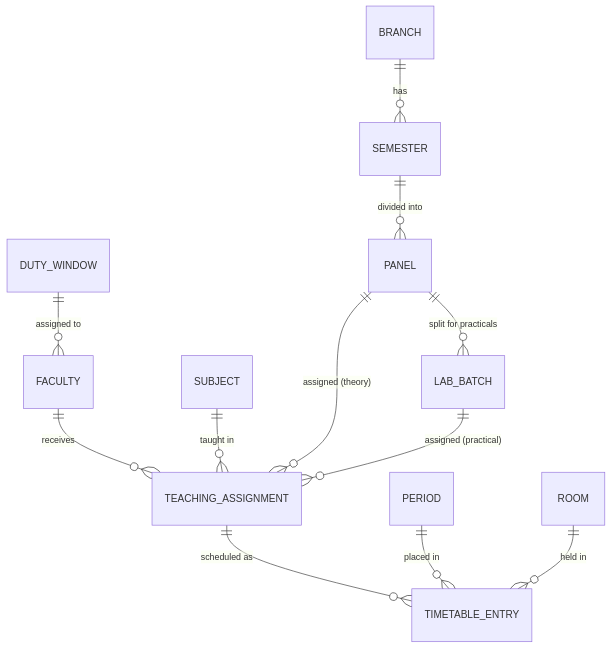
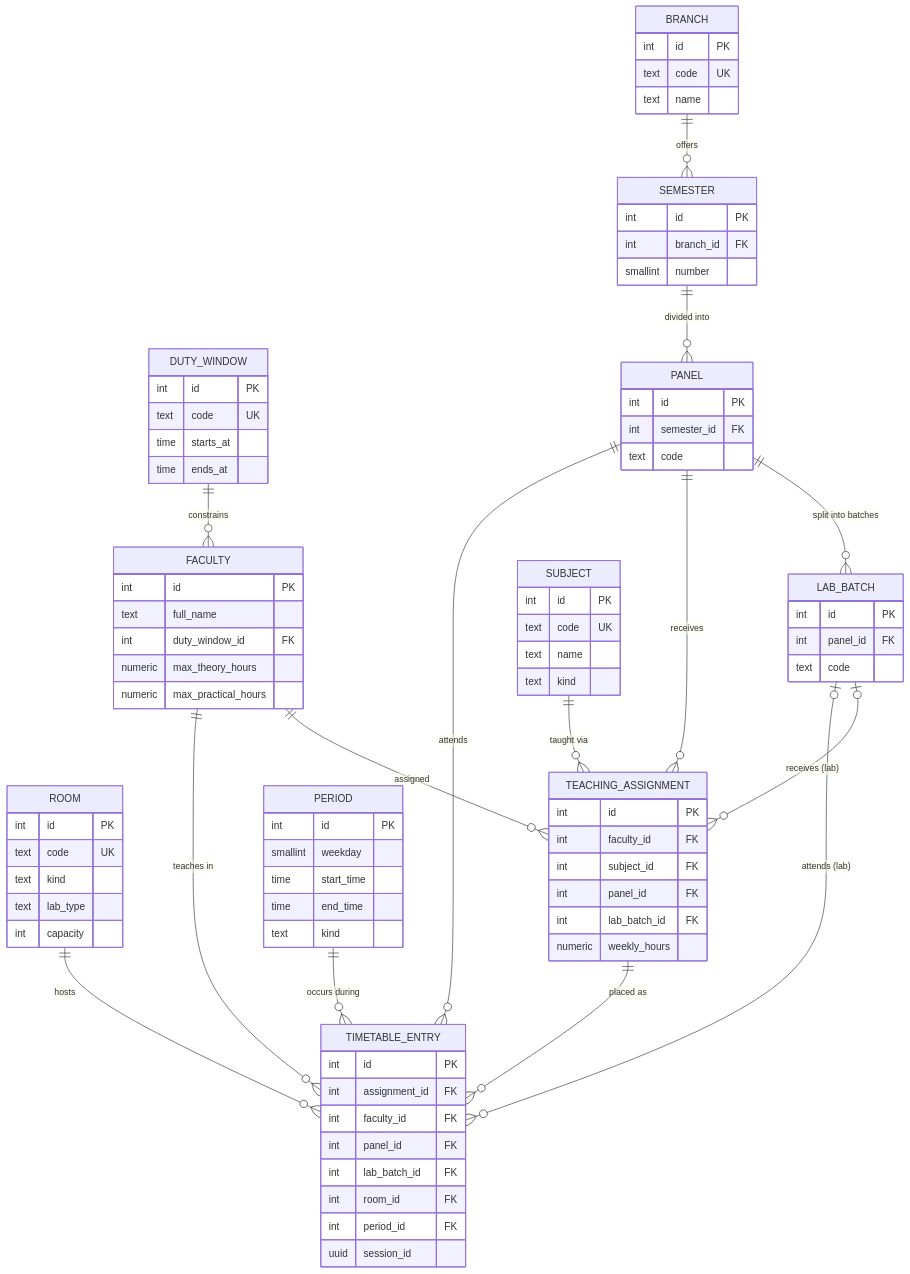
One commit to harsh-codess/DBMS-MINIPROJ-TTSYSTEM changed the diagram in docs/viva-pack.md. Above: the diagram before and after it, drawn with Mermaid. The commit also changed other lines of this file and 2 other files, not shown here.

Commit message:
Add submission artifacts: ER diagram, sample queries, viva pack

````diff
--- a/docs/viva-pack.md
+++ b/docs/viva-pack.md
@@ -7,17 +25,99 @@
 ```mermaid
 erDiagram
-    BRANCH ||--o{ SEMESTER : "has"
+    DUTY_WINDOW {
+        int id PK
+        text code UK
+        time starts_at
+        time ends_at
+    }
+
+    BRANCH {
+        int id PK
+        text code UK
+        text name
+    }
+
+    SEMESTER {
+        int id PK
+        int branch_id FK
+        smallint number
+    }
+
+    PANEL {
+        int id PK
+        int semester_id FK
+        text code
+    }
+
+    LAB_BATCH {
+        int id PK
+        int panel_id FK
+        text code
+    }
+
+    FACULTY {
+        int id PK
+        text full_name
+        int duty_window_id FK
+        numeric max_theory_hours
+        numeric max_practical_hours
+    }
+
+    SUBJECT {
+        int id PK
+        text code UK
+        text name
+        text kind
+    }
+
+    ROOM {
+        int id PK
+        text code UK
+        text kind
+        text lab_type
+        int capacity
+    }
+
+    TEACHING_ASSIGNMENT {
+        int id PK
+        int faculty_id FK
+        int subject_id FK
+        int panel_id FK
+        int lab_batch_id FK
+        numeric weekly_hours
+    }
+
+    PERIOD {
+        int id PK
+        smallint weekday
+        time start_time
+        time end_time
+        text kind
+    }
+
+    TIMETABLE_ENTRY {
+        int id PK
+        int assignment_id FK
+        int faculty_id FK
+        int panel_id FK
+        int lab_batch_id FK
+        int room_id FK
+        int period_id FK
+        uuid session_id
+    }
+
+    BRANCH ||--o{ SEMESTER : "offers"
     SEMESTER ||--o{ PANEL : "divided into"
-    PANEL ||--o{ LAB_BATCH : "split for practicals"
-    
-    DUTY_WINDOW ||--o{ FACULTY : "assigned to"
-    
-    FACULTY ||--o{ TEACHING_ASSIGNMENT : "receives"
-    SUBJECT ||--o{ TEACHING_ASSIGNMENT : "taught in"
-    PANEL ||--o{ TEACHING_ASSIGNMENT : "assigned (theory)"
-    LAB_BATCH ||--o{ TEACHING_ASSIGNMENT : "assigned (practical)"
-    
-    TEACHING_ASSIGNMENT ||--o{ TIMETABLE_ENTRY : "scheduled as"
-    PERIOD ||--o{ TIMETABLE_ENTRY : "placed in"
-    ROOM ||--o{ TIMETABLE_ENTRY : "held in"
+    PANEL ||--o{ LAB_BATCH : "split into batches"
+    DUTY_WINDOW ||--o{ FACULTY : "constrains"
+    FACULTY ||--o{ TEACHING_ASSIGNMENT : "assigned"
+    SUBJECT ||--o{ TEACHING_ASSIGNMENT : "taught via"
+    PANEL ||--o{ TEACHING_ASSIGNMENT : "receives"
+    LAB_BATCH |o--o{ TEACHING_ASSIGNMENT : "receives (lab)"
+    TEACHING_ASSIGNMENT ||--o{ TIMETABLE_ENTRY : "placed as"
+    FACULTY ||--o{ TIMETABLE_ENTRY : "teaches in"
+    PANEL ||--o{ TIMETABLE_ENTRY : "attends"
+    LAB_BATCH |o--o{ TIMETABLE_ENTRY : "attends (lab)"
+    ROOM ||--o{ TIMETABLE_ENTRY : "hosts"
+    PERIOD ||--o{ TIMETABLE_ENTRY : "occurs during"
 ```
````
